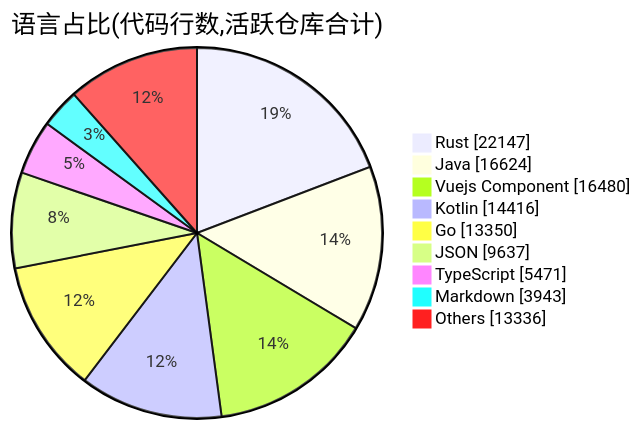
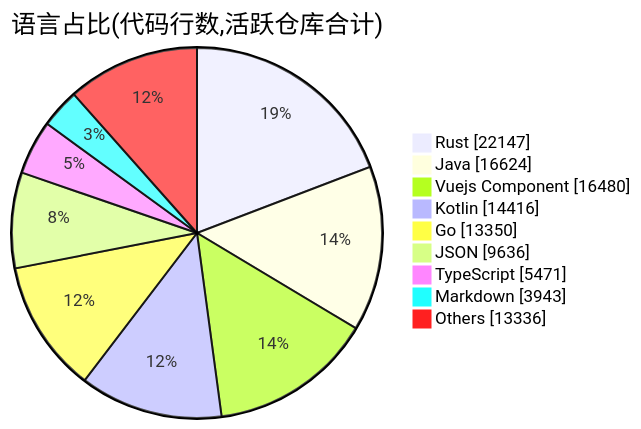
Before and after one commit to Conflux-Union/.github: the second of 2 diagrams in profile/README.md, drawn with Mermaid. The commit also changed other lines of this file and 1 other file, not shown here.

````diff
--- a/profile/README.md
+++ b/profile/README.md
@@ -75,13 +75,13 @@
 ```mermaid
 pie showData
     title 语言占比(代码行数,活跃仓库合计)
     "Rust" : 22147
     "Java" : 16624
     "Vuejs Component" : 16480
     "Kotlin" : 14416
     "Go" : 13350
-    "JSON" : 9637
+    "JSON" : 9636
     "TypeScript" : 5471
     "Markdown" : 3943
     "Others" : 13336
 ```
````
